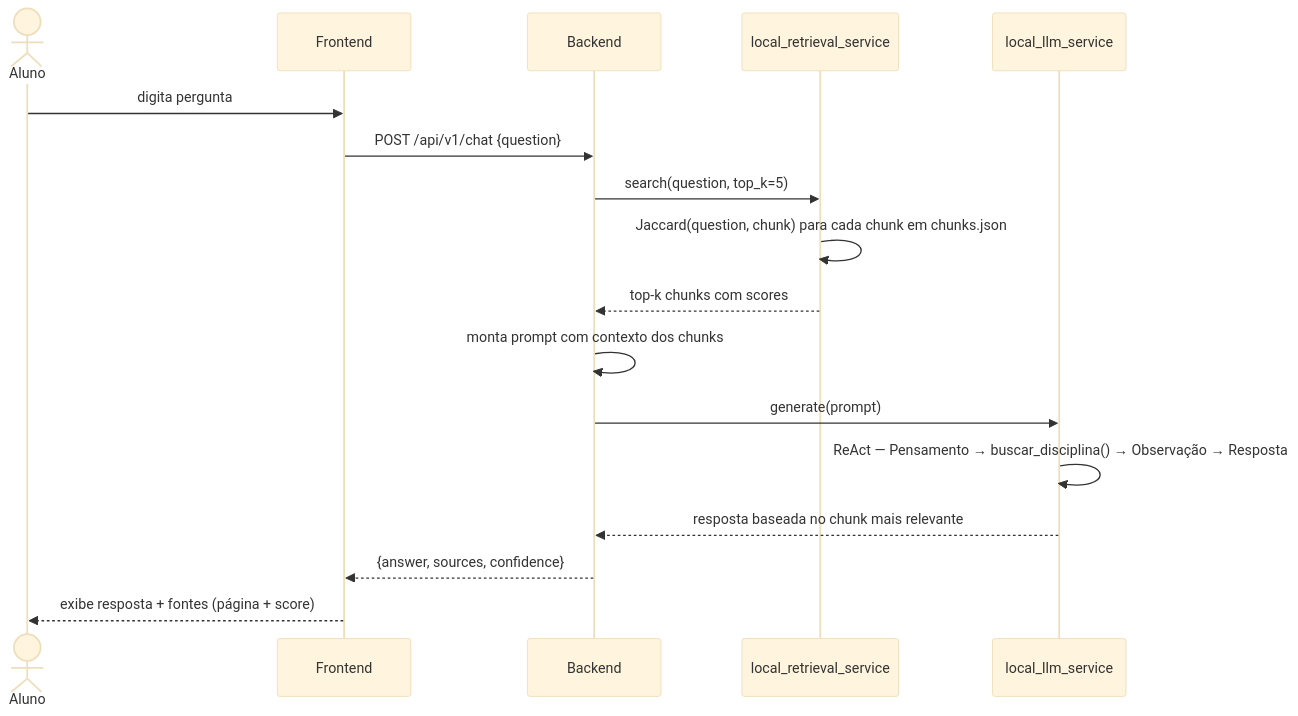
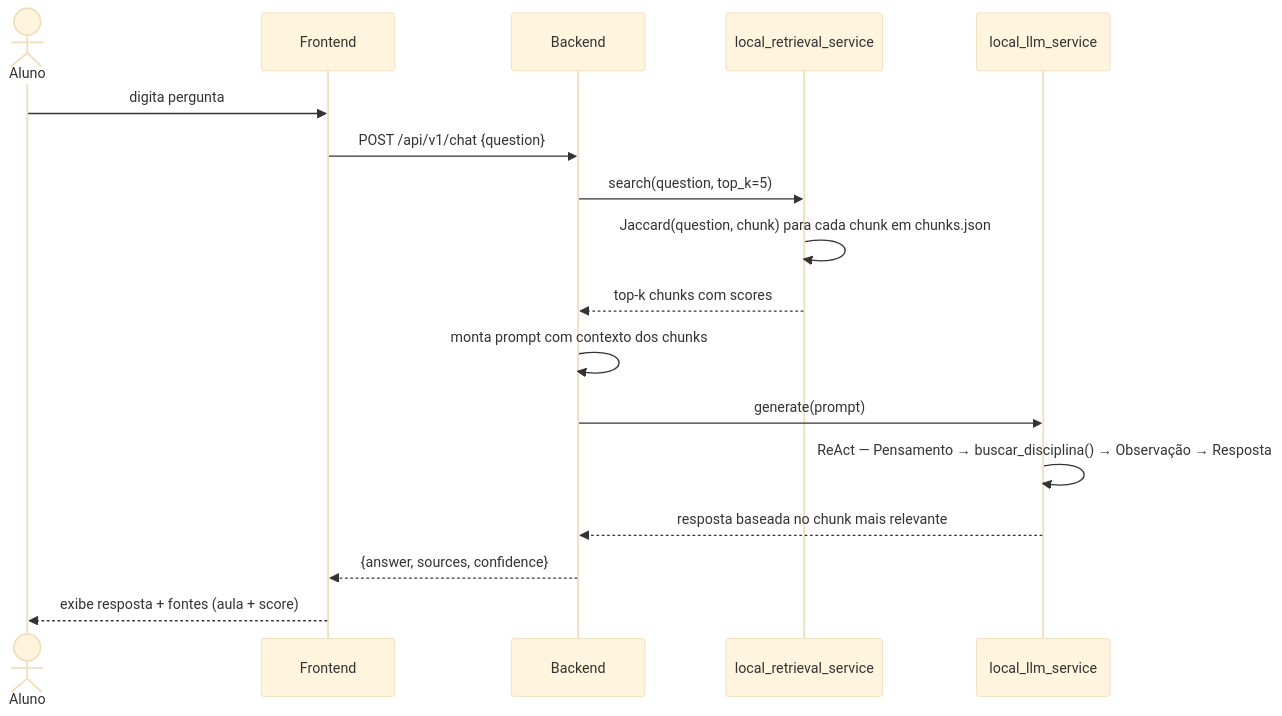
The second of 3 diagrams in README.md (John-Rocha/projeto-ia-unifap), drawn with Mermaid (base theme) before and after one commit. The commit also changed other lines of this file, not shown here.

````diff
--- a/README.md
+++ b/README.md
@@ -76,20 +76,20 @@
 ```mermaid
 sequenceDiagram
     actor Aluno
     participant FE as Frontend
     participant BE as Backend
     participant RET as local_retrieval_service
     participant LLM as local_llm_service
 
     Aluno->>FE: digita pergunta
     FE->>BE: POST /api/v1/chat {question}
     BE->>RET: search(question, top_k=5)
     RET->>RET: Jaccard(question, chunk) para cada chunk em chunks.json
     RET-->>BE: top-k chunks com scores
     BE->>BE: monta prompt com contexto dos chunks
     BE->>LLM: generate(prompt)
     LLM->>LLM: ReAct — Pensamento → buscar_disciplina() → Observação → Resposta
     LLM-->>BE: resposta baseada no chunk mais relevante
     BE-->>FE: {answer, sources, confidence}
-    FE-->>Aluno: exibe resposta + fontes (página + score)
+    FE-->>Aluno: exibe resposta + fontes (aula + score)
 ```
````
